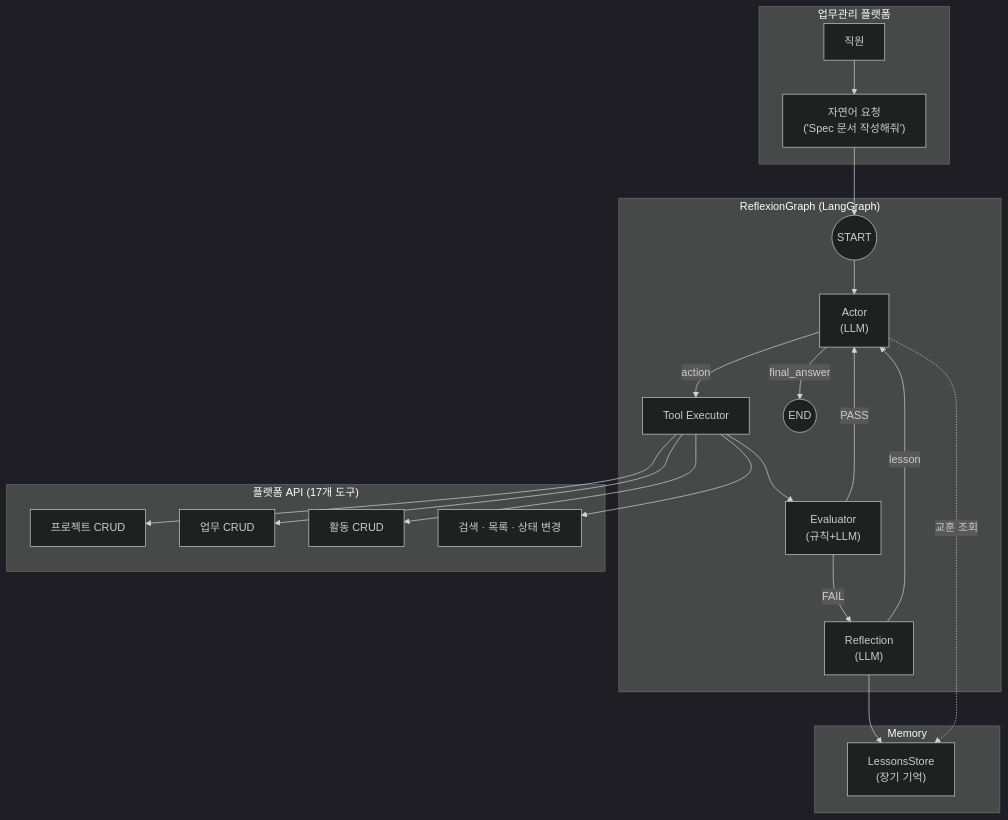
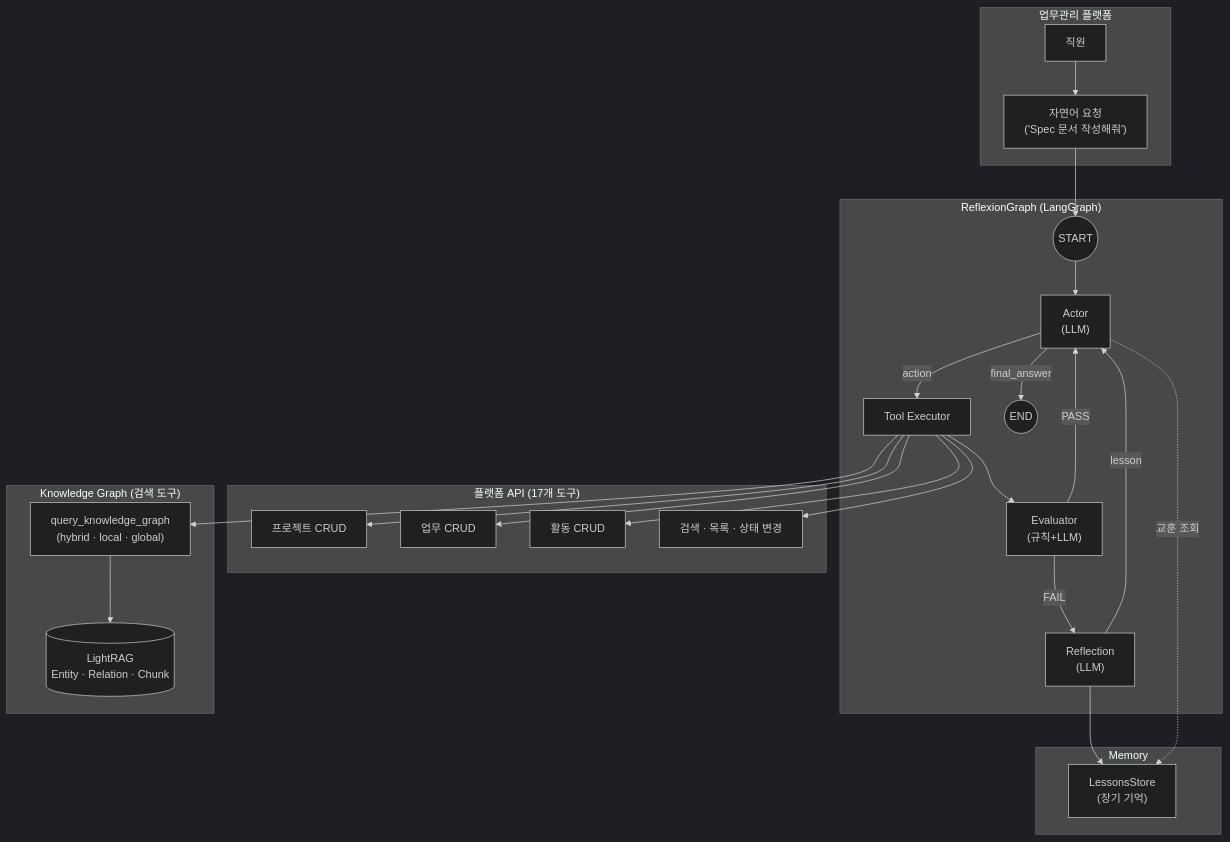
Before and after one commit to SJayKim/SJayKim: the first of 7 diagrams in README.md, drawn with Mermaid (dark theme). The commit also changed other lines of this file and 5 other files, not shown here.

````diff
--- a/README.md
+++ b/README.md
@@ -65,44 +65,51 @@
 ```mermaid
 flowchart TB
     subgraph Platform["업무관리 플랫폼"]
         User["직원"]
         Request["자연어 요청<br/>('Spec 문서 작성해줘')"]
         User --> Request
     end
 
     subgraph ReflexionGraph["ReflexionGraph (LangGraph)"]
         START((START))
         Actor["Actor<br/>(LLM)"]
         ToolExec["Tool Executor"]
         Evaluator["Evaluator<br/>(규칙+LLM)"]
         Reflection["Reflection<br/>(LLM)"]
         END_NODE((END))
 
         START --> Actor
         Actor -->|"action"| ToolExec
         Actor -->|"final_answer"| END_NODE
         ToolExec --> Evaluator
         Evaluator -->|"PASS"| Actor
         Evaluator -->|"FAIL"| Reflection
         Reflection -->|"lesson"| Actor
     end
 
     subgraph Memory["Memory"]
         LongTerm["LessonsStore<br/>(장기 기억)"]
     end
 
     subgraph Resources["플랫폼 API (17개 도구)"]
         ProjectAPI["프로젝트 CRUD"]
         TaskAPI["업무 CRUD"]
         ActivityAPI["활동 CRUD"]
         Utility["검색 · 목록 · 상태 변경"]
     end
 
+    subgraph KG["Knowledge Graph (검색 도구)"]
+        KGQuery["query_knowledge_graph<br/>(hybrid · local · global)"]
+        LightRAG[("LightRAG<br/>Entity · Relation · Chunk")]
+        KGQuery --> LightRAG
+    end
+
     Request --> START
     ToolExec --> ProjectAPI
     ToolExec --> TaskAPI
     ToolExec --> ActivityAPI
     ToolExec --> Utility
+    ToolExec --> KGQuery
     Reflection --> LongTerm
     Actor -.->|"교훈 조회"| LongTerm
 ```
````
